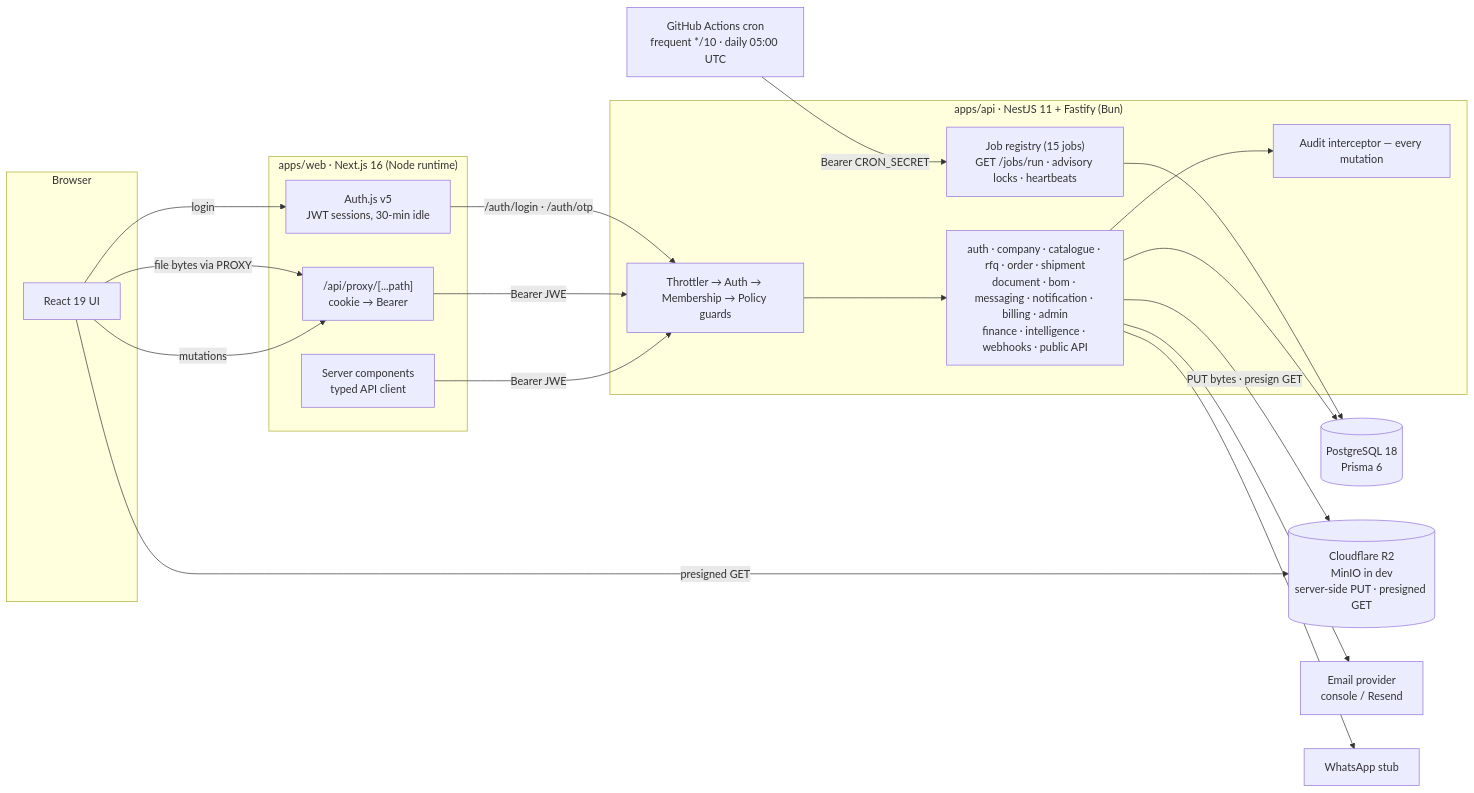
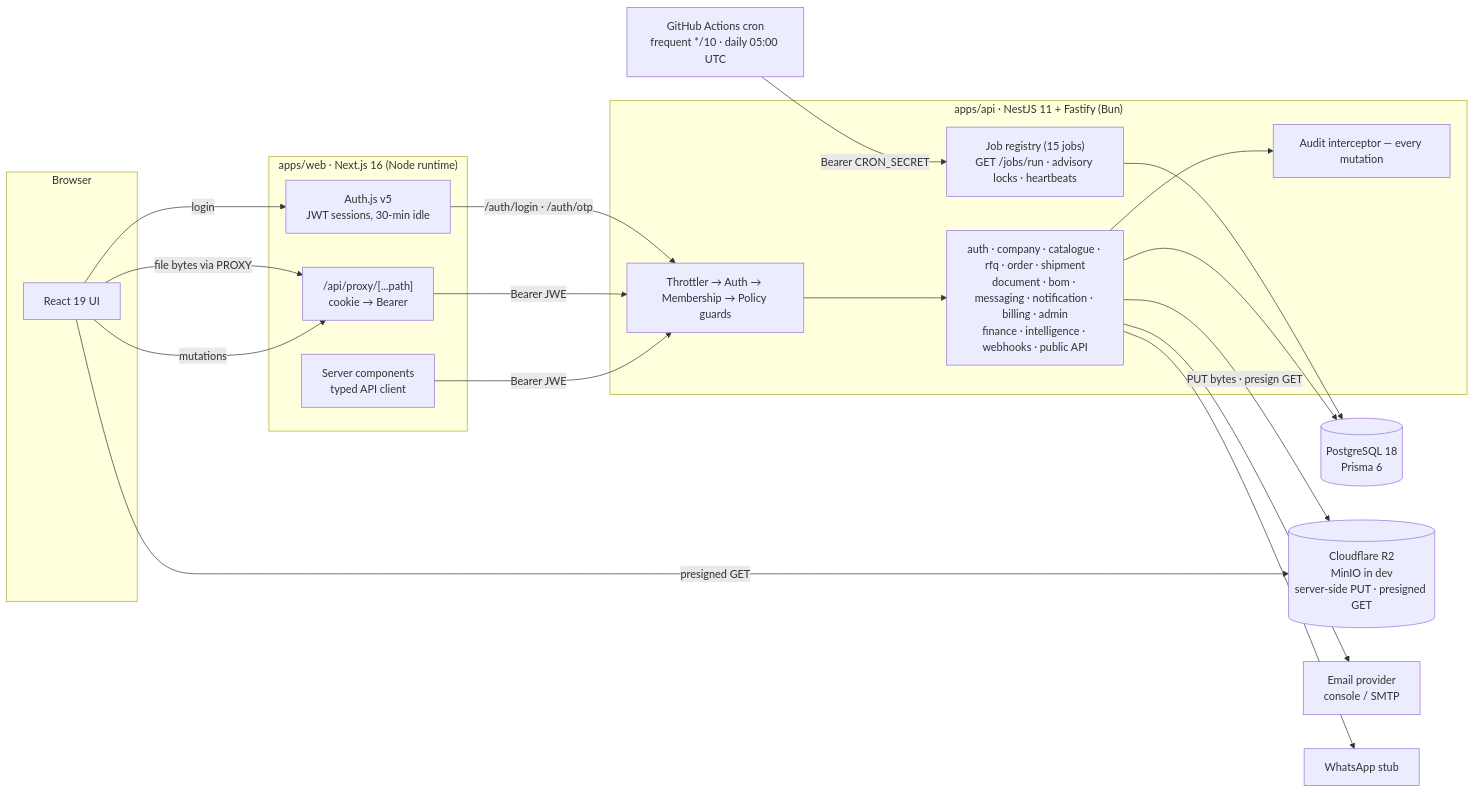
Before and after one commit to ionatech2025/global_pharmachain: the diagram in README.md, drawn with Mermaid. The commit also changed other lines of this file and 9 other files, not shown here.

First line of the commit message:
feat(email): deliver over SMTP instead of the Resend HTTP API

````diff
--- a/README.md
+++ b/README.md
@@ -84,40 +84,40 @@
 ```mermaid
 flowchart LR
   subgraph Browser
     UI[React 19 UI]
   end
 
   subgraph web["apps/web · Next.js 16 (Node runtime)"]
     RSC[Server components<br/>typed API client]
     PROXY["/api/proxy/[...path]<br/>cookie → Bearer"]
     AUTHJS[Auth.js v5<br/>JWT sessions, 30-min idle]
   end
 
   subgraph api["apps/api · NestJS 11 + Fastify (Bun)"]
     GUARDS[Throttler → Auth → Membership → Policy guards]
     MODULES[auth · company · catalogue · rfq · order · shipment<br/>document · bom · messaging · notification · billing · admin<br/>finance · intelligence · webhooks · public API]
     AUDIT[Audit interceptor — every mutation]
     JOBS["Job registry (15 jobs)<br/>GET /jobs/run · advisory locks · heartbeats"]
   end
 
   CRON[GitHub Actions cron<br/>frequent */10 · daily 05:00 UTC]
   DB[(PostgreSQL 18<br/>Prisma 6)]
   R2[(Cloudflare R2<br/>MinIO in dev<br/>server-side PUT · presigned GET)]
-  MAIL[Email provider<br/>console / Resend]
+  MAIL[Email provider<br/>console / SMTP]
   WA[WhatsApp stub]
 
   UI -->|mutations| PROXY
   UI -->|login| AUTHJS
   RSC -->|Bearer JWE| GUARDS
   PROXY -->|Bearer JWE| GUARDS
   AUTHJS -->|"/auth/login · /auth/otp"| GUARDS
   GUARDS --> MODULES --> AUDIT
   MODULES --> DB
   MODULES -->|"PUT bytes · presign GET"| R2
   UI -->|"file bytes via PROXY"| PROXY
   UI -->|presigned GET| R2
   MODULES --> MAIL
   MODULES --> WA
   CRON -->|Bearer CRON_SECRET| JOBS
   JOBS --> DB
 ```
````
